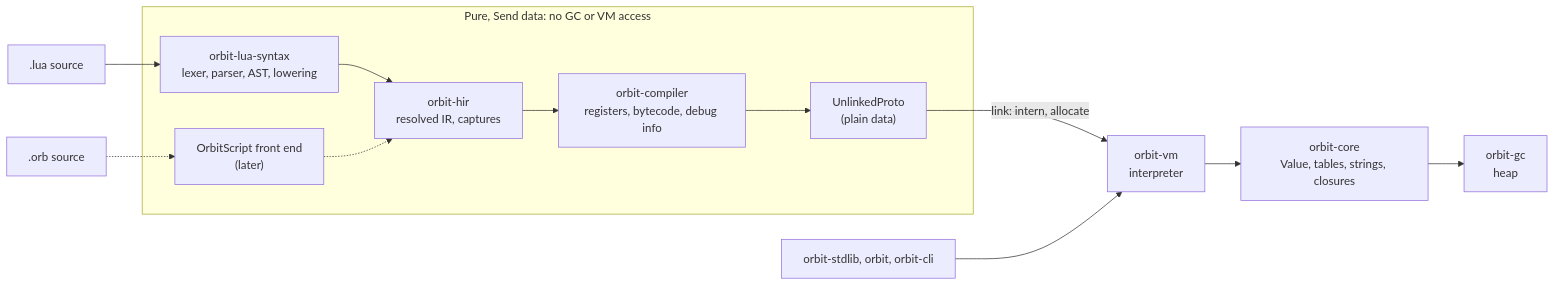
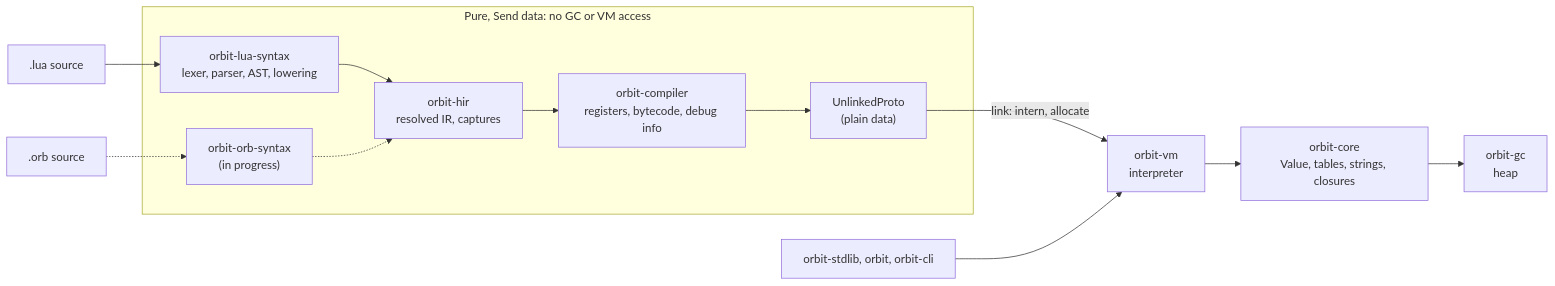
One commit to orbitscript-lang/OrbitScript changed the diagram in docs/design/README.md. Above: the diagram before and after it, drawn with Mermaid. The commit also changed other lines of this file and 14 other files, not shown here.

First line of the commit message:
OrbitScript front end, step 1: lexer, parser and AST (orbit-orb-syntax)

````diff
--- a/docs/design/README.md
+++ b/docs/design/README.md
@@ -16,21 +16,21 @@
 ```mermaid
 flowchart LR
     lua[".lua source"] --> luasyn["orbit-lua-syntax<br/>lexer, parser, AST, lowering"]
-    orb[".orb source"] -.-> orbsyn["OrbitScript front end<br/>(later)"]
+    orb[".orb source"] -.-> orbsyn["orbit-orb-syntax<br/>(in progress)"]
     luasyn --> hir["orbit-hir<br/>resolved IR, captures"]
     orbsyn -.-> hir
     hir --> comp["orbit-compiler<br/>registers, bytecode, debug info"]
     comp --> unlinked["UnlinkedProto<br/>(plain data)"]
     unlinked -- "link: intern, allocate" --> vm["orbit-vm<br/>interpreter"]
     vm --> core["orbit-core<br/>Value, tables, strings, closures"]
     core --> gc["orbit-gc<br/>heap"]
     host["orbit-stdlib, orbit, orbit-cli"] --> vm
 
     subgraph pure ["Pure, Send data: no GC or VM access"]
         luasyn
         orbsyn
         hir
         comp
         unlinked
     end
 ```
````
